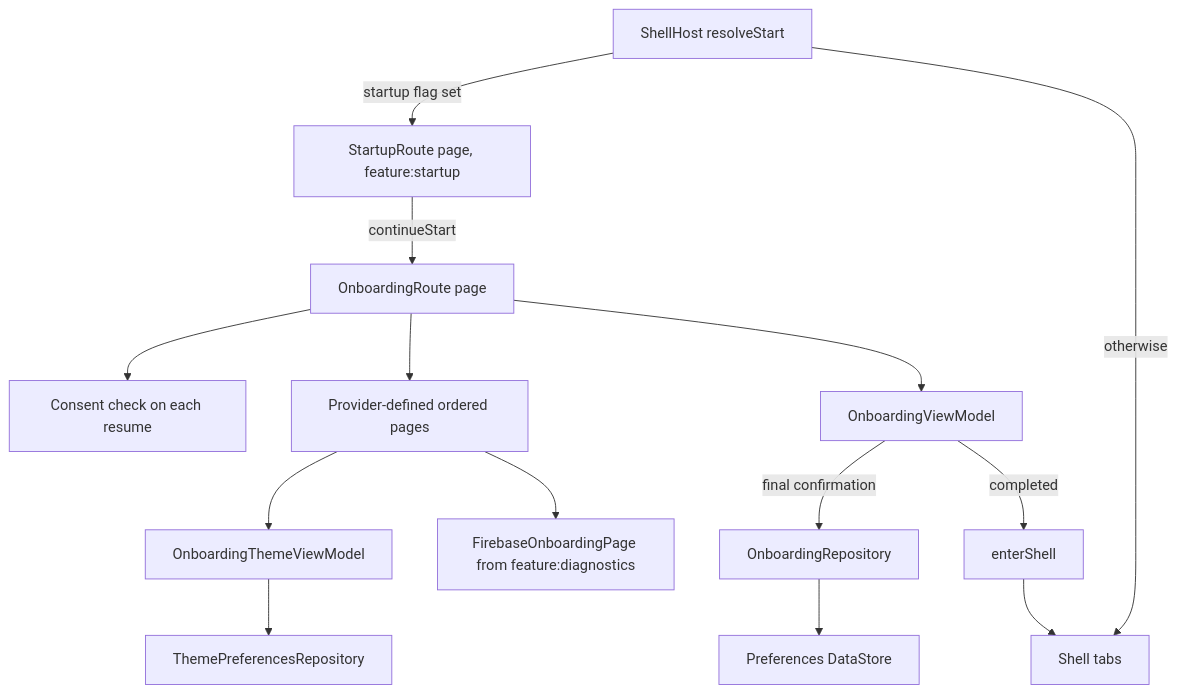
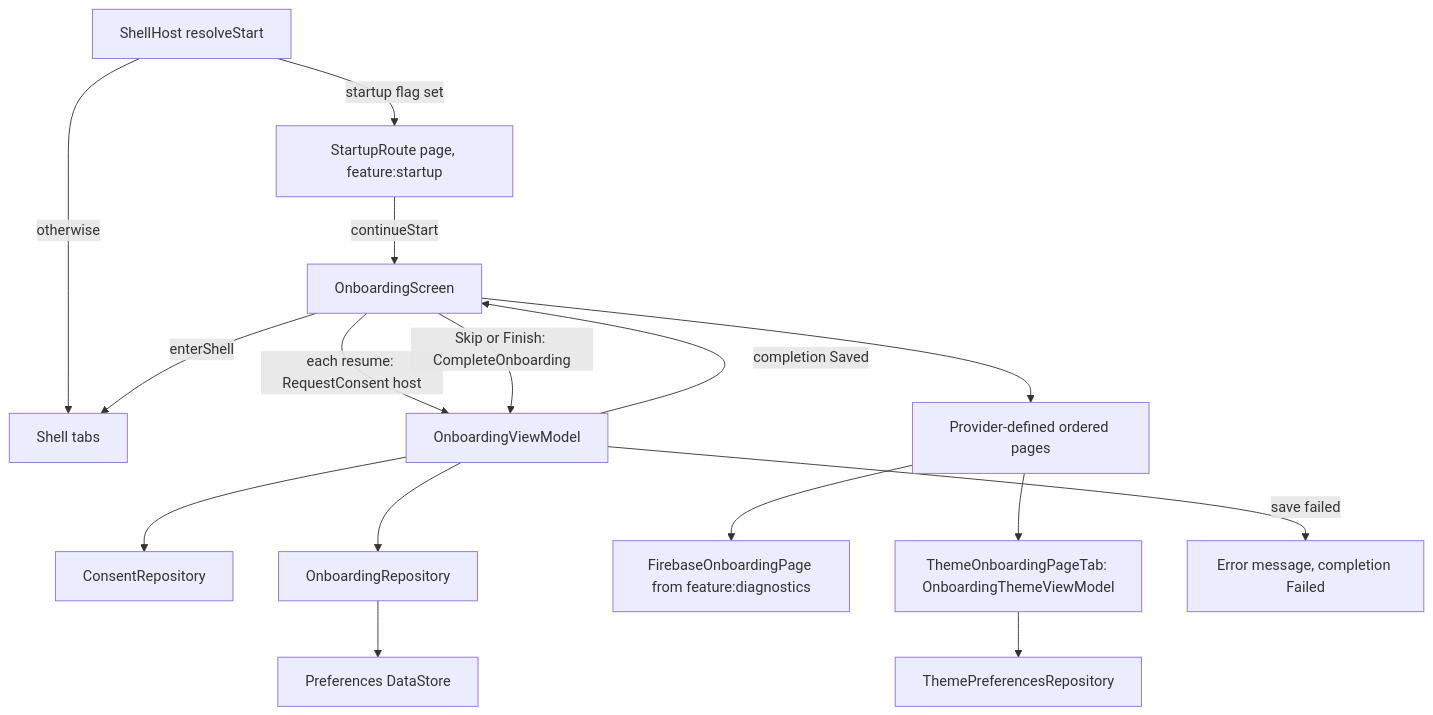
One commit to MihaiCristianCondrea/App-Toolkit-for-Android changed the diagram in library/feature/onboarding/README.md. Above: the diagram before and after it, drawn with Mermaid. The commit also changed other lines of this file and 157 other files, not shown here.

````diff
--- a/library/feature/onboarding/README.md
+++ b/library/feature/onboarding/README.md
@@ -66,16 +84,18 @@
 ```mermaid
 flowchart TD
     Host[ShellHost resolveStart] -->|startup flag set| Startup[StartupRoute page, feature:startup]
     Host -->|otherwise| Tabs[Shell tabs]
-    Startup -->|continueStart| Onboarding[OnboardingRoute page]
-    Onboarding --> ConsentCheck[Consent check on each resume]
-    Onboarding --> Pages[Provider-defined ordered pages]
-    Pages --> Theme[OnboardingThemeViewModel]
+    Startup -->|continueStart| Screen[OnboardingScreen]
+    Screen -->|each resume: RequestConsent host| VM[OnboardingViewModel]
+    VM --> Consent[ConsentRepository]
+    Screen --> Pages[Provider-defined ordered pages]
+    Pages --> Theme[ThemeOnboardingPageTab: OnboardingThemeViewModel]
     Theme --> ThemeRepo[ThemePreferencesRepository]
     Pages --> Diagnostics[FirebaseOnboardingPage from feature:diagnostics]
-    Onboarding --> VM[OnboardingViewModel]
-    VM -->|final confirmation| Completion[OnboardingRepository]
+    Screen -->|Skip or Finish: CompleteOnboarding| VM
+    VM --> Completion[OnboardingRepository]
     Completion --> Store[Preferences DataStore]
-    VM -->|completed| Enter[enterShell]
-    Enter --> Tabs
+    VM -->|completion Saved| Screen
+    VM -->|save failed| Message[Error message, completion Failed]
+    Screen -->|enterShell| Tabs
 ```
````
